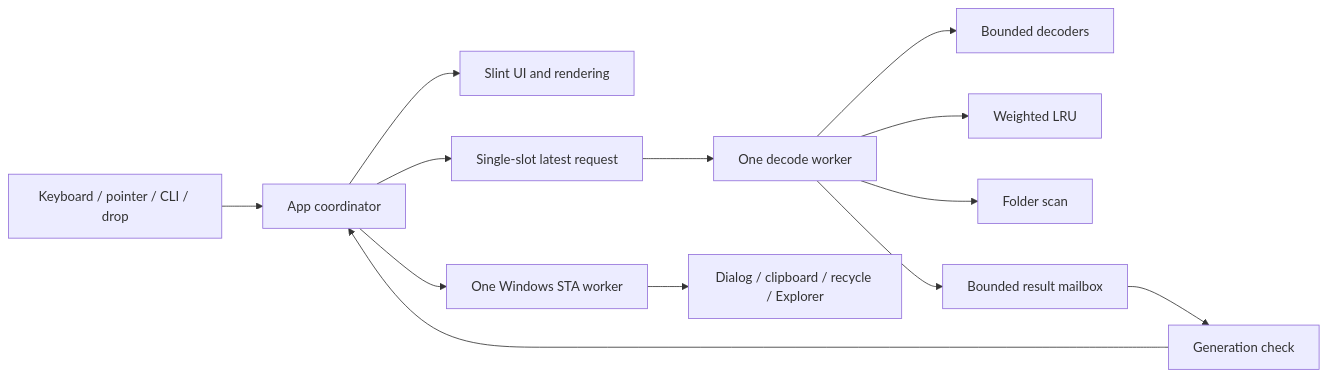
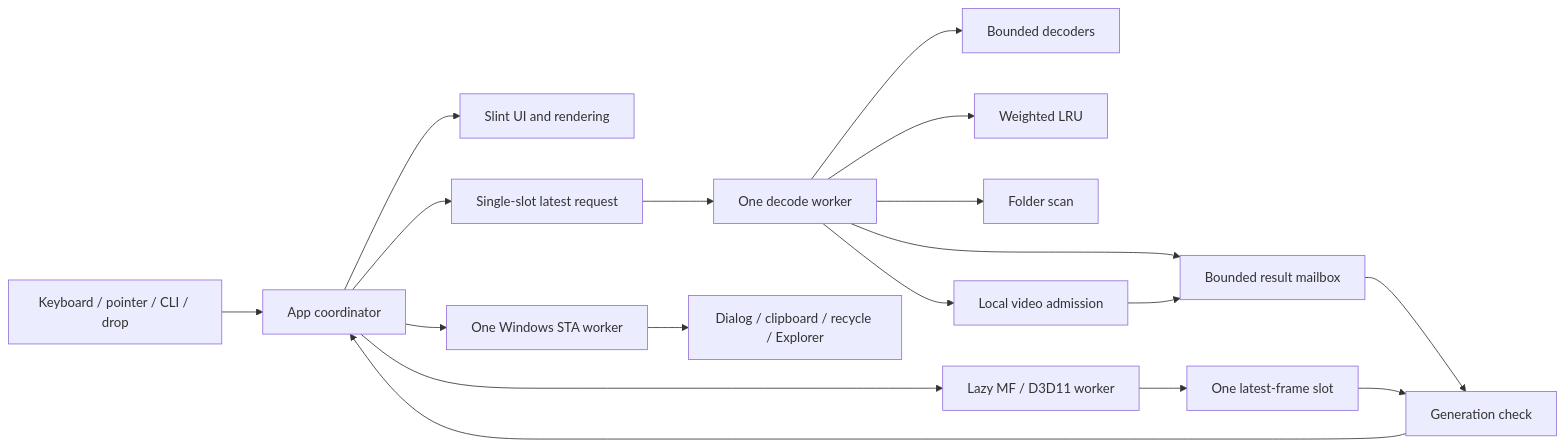
Before and after one commit to cubiix3/Kova-Image: the diagram in docs/ARCHITECTURE.md, drawn with Mermaid. The commit also changed other lines of this file and 47 other files, not shown here.

Commit message:
feat: add native local video, compact controls and Windows associations

````diff
--- a/docs/ARCHITECTURE.md
+++ b/docs/ARCHITECTURE.md
@@ -8,15 +8,20 @@
 ```mermaid
 flowchart LR
     Input[Keyboard / pointer / CLI / drop] --> App[App coordinator]
     App --> UI[Slint UI and rendering]
     App --> Latest[Single-slot latest request]
     Latest --> Worker[One decode worker]
     Worker --> Decoder[Bounded decoders]
     Worker --> Cache[Weighted LRU]
     Worker --> Folder[Folder scan]
     Worker --> Results[Bounded result mailbox]
     Results --> Guard[Generation check]
     Guard --> App
+    Worker --> Admission[Local video admission]
+    Admission --> Results
+    App --> Video[Lazy MF / D3D11 worker]
+    Video --> Frame[One latest-frame slot]
+    Frame --> Guard
     App --> Shell[One Windows STA worker]
     Shell --> Win32[Dialog / clipboard / recycle / Explorer]
 ```
````
